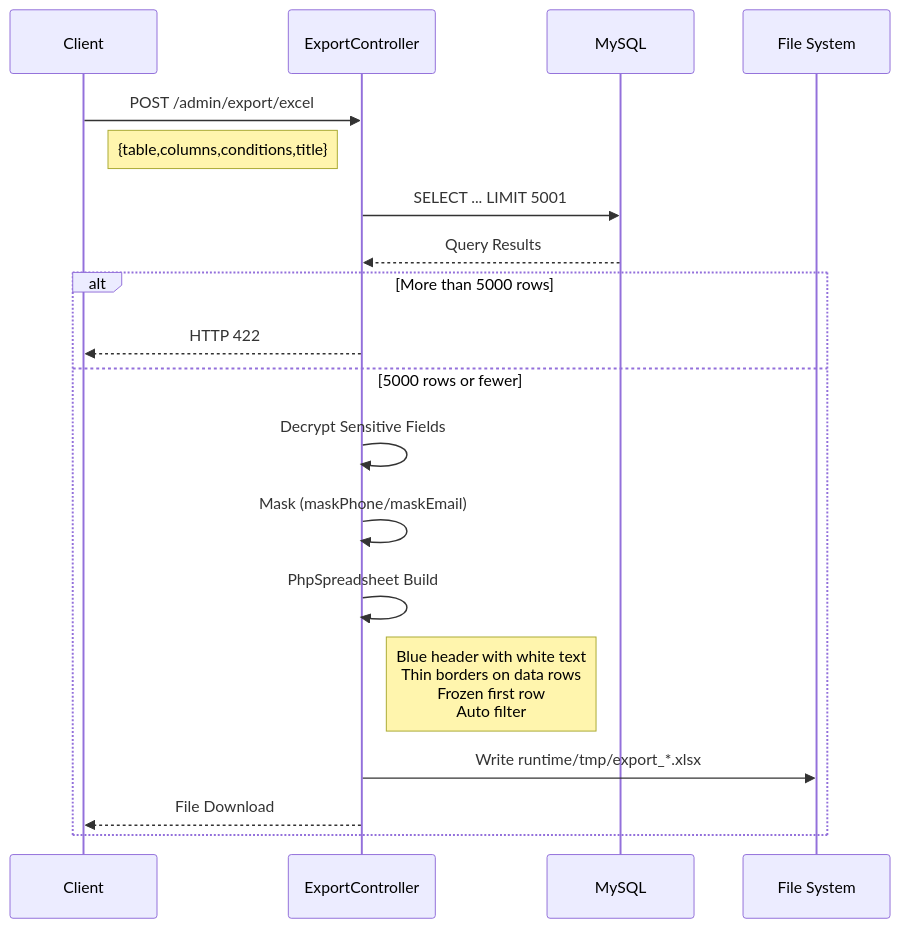
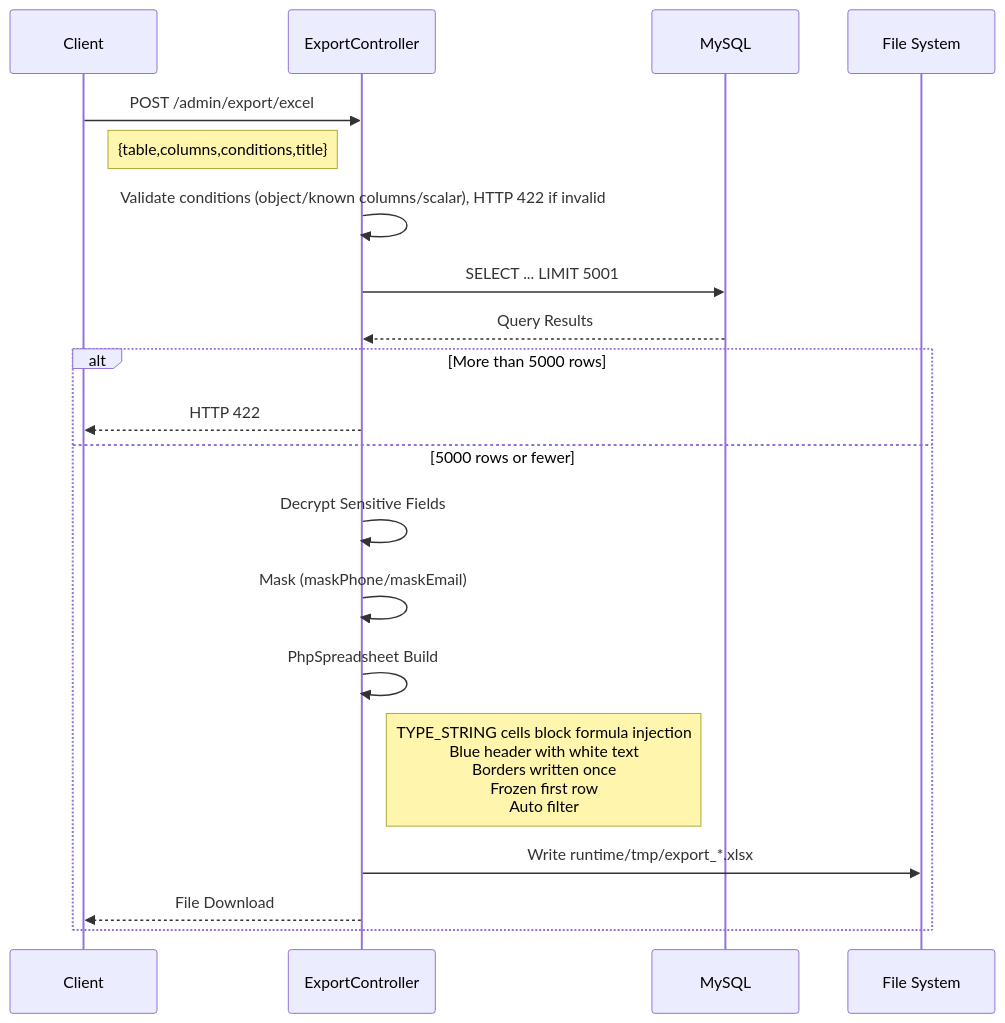
One commit to erikwang2013/open-admin changed the first of 2 diagrams in docs/diagrams/09-export-flow.en.md. Above: the diagram before and after it, drawn with Mermaid. The commit also changed 62 other files, not shown here.

````diff
--- a/docs/diagrams/09-export-flow.en.md
+++ b/docs/diagrams/09-export-flow.en.md
@@ -9,22 +9,23 @@
 ```mermaid
 sequenceDiagram
     participant C as Client
     participant CTL as ExportController
     participant DB as MySQL
     participant FS as File System
 
     C->>CTL: POST /admin/export/excel
     Note right of C: {table,columns,conditions,title}
+    CTL->>CTL: Validate conditions (object/known columns/scalar), HTTP 422 if invalid
     CTL->>DB: SELECT ... LIMIT 5001
     DB-->>CTL: Query Results
     alt More than 5000 rows
         CTL-->>C: HTTP 422
     else 5000 rows or fewer
         CTL->>CTL: Decrypt Sensitive Fields
         CTL->>CTL: Mask (maskPhone/maskEmail)
         CTL->>CTL: PhpSpreadsheet Build
-        Note right of CTL: Blue header with white text<br/>Thin borders on data rows<br/>Frozen first row<br/>Auto filter
+        Note right of CTL: TYPE_STRING cells block formula injection<br/>Blue header with white text<br/>Borders written once<br/>Frozen first row<br/>Auto filter
         CTL->>FS: Write runtime/tmp/export_*.xlsx
         CTL-->>C: File Download
     end
 ```
````
